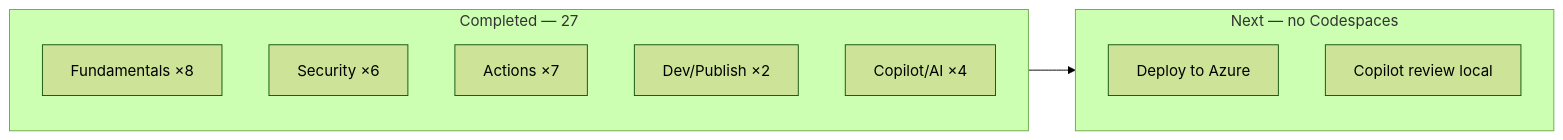
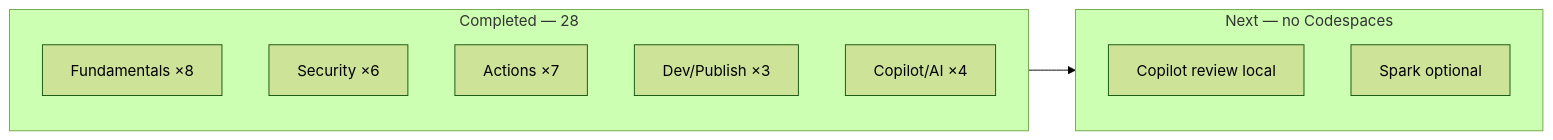
The diagram in ROADMAP.md (blackhebrewisraeli/github-skills-journey), drawn with Mermaid (forest theme) before and after one commit. The commit also changed other lines of this file and 1 other file, not shown here.

Commit message:
Log Deploy to Azure practice (28 total).

````diff
--- a/ROADMAP.md
+++ b/ROADMAP.md
@@ -11,15 +11,15 @@
 ```mermaid
 flowchart LR
-    subgraph done [Completed — 27]
+    subgraph done [Completed — 28]
         F[Fundamentals ×8]
         S[Security ×6]
         A[Actions ×7]
-        D[Dev/Publish ×2]
+        D[Dev/Publish ×3]
         C[Copilot/AI ×4]
     end
     subgraph next [Next — no Codespaces]
-        AZ[Deploy to Azure]
         CR[Copilot review local]
+        SP[Spark optional]
     end
     done --> next
 ```
````
